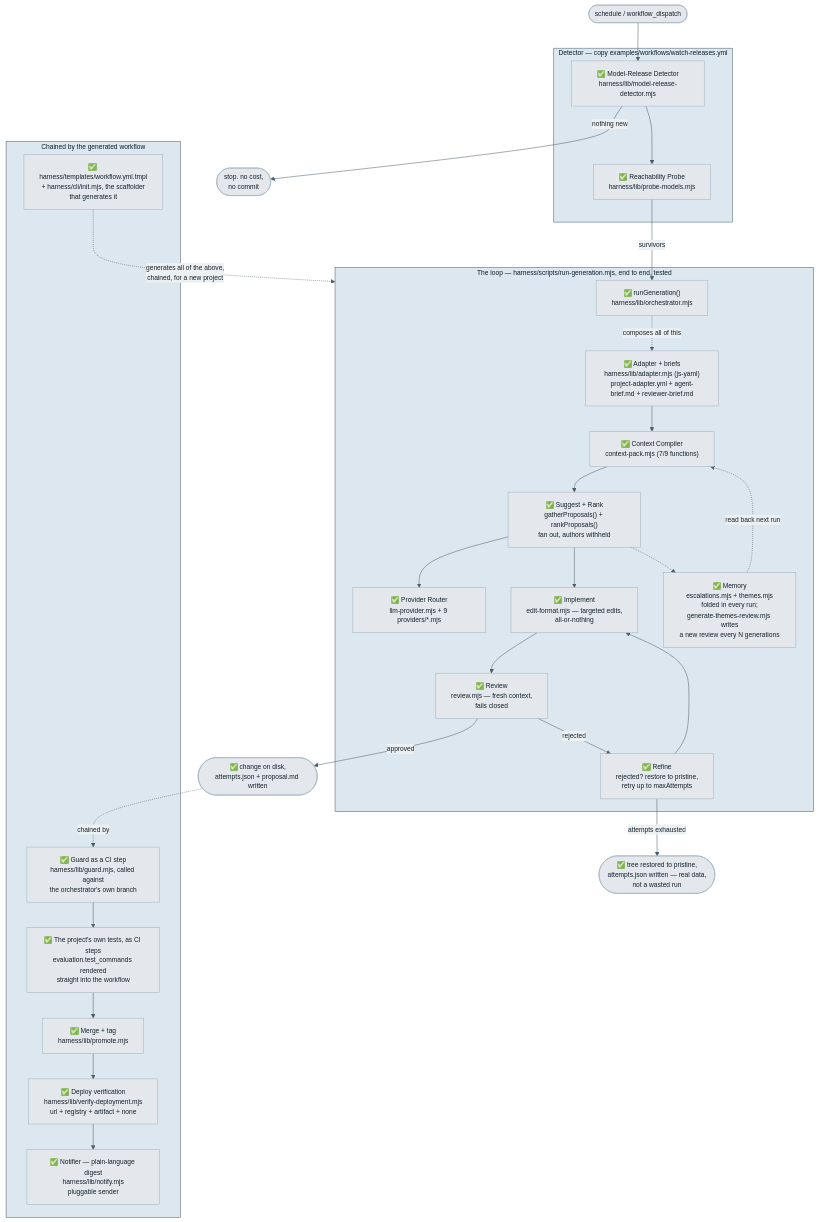
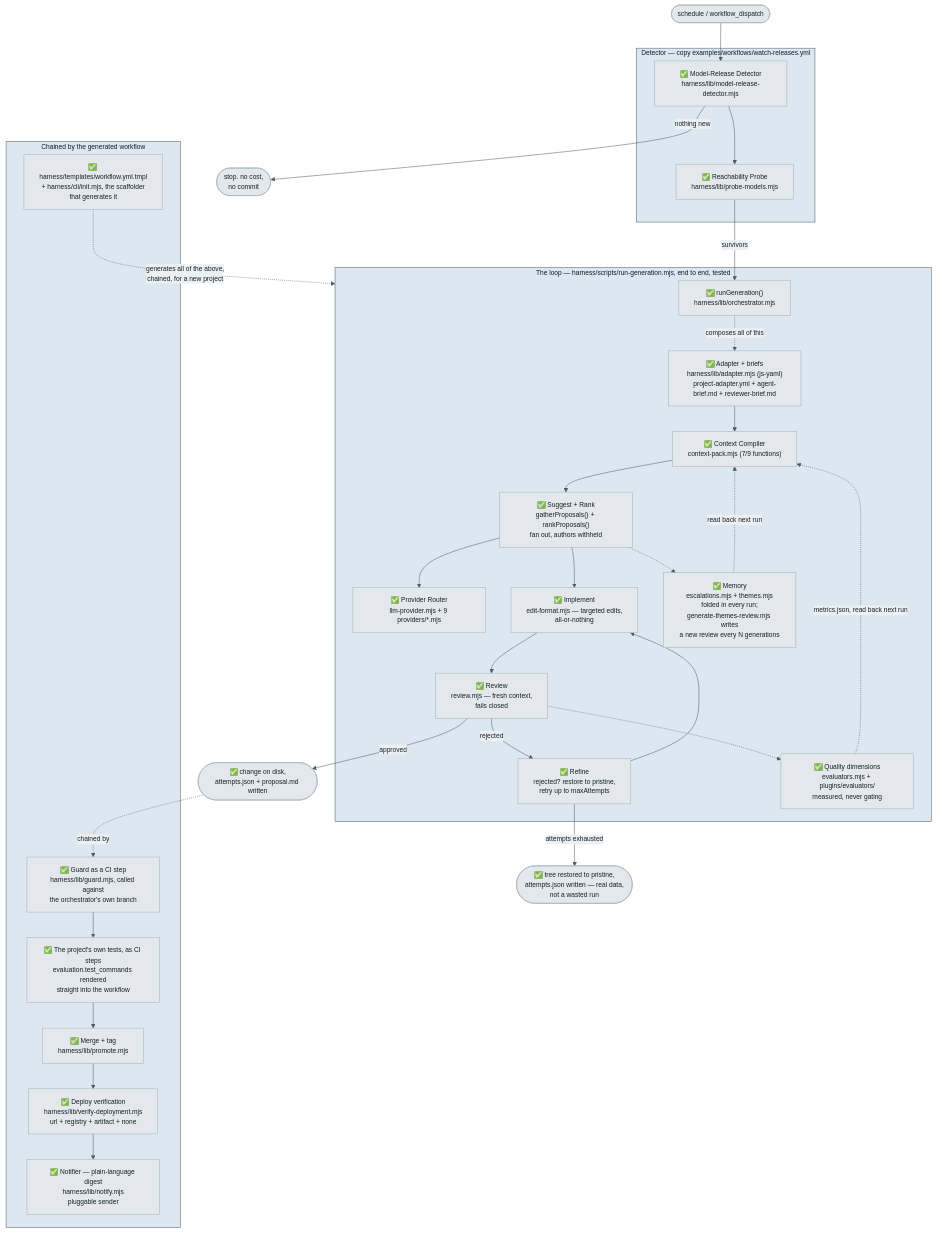
Before and after one commit to Chrisfoz/self-optimisation: the second of 4 diagrams in ARCHITECTURE.md, drawn with Mermaid. The commit also changed 15 other files, not shown here.

First line of the commit message:
Quality-dimension evaluators: the plugin category, its interface, one example

````diff
--- a/ARCHITECTURE.md
+++ b/ARCHITECTURE.md
@@ -74,54 +74,57 @@
 ```mermaid
 %%{init: {"theme":"base","themeVariables":{"fontSize":"13px","primaryColor":"#E4E8EC","primaryTextColor":"#14212B","primaryBorderColor":"#9FB0BE","lineColor":"#4A5C6A","secondaryColor":"#DCE7F0","tertiaryColor":"#F3E3D4","clusterBkg":"#F6F8F9","clusterBorder":"#9FB0BE","edgeLabelBackground":"#EDF0F2","textColor":"#14212B"}}}%%
 flowchart TD
   cron(["schedule / workflow_dispatch"]) --> detector
 
   subgraph detect["Detector — copy examples/workflows/watch-releases.yml"]
     detector["✅ Model-Release Detector<br/>harness/lib/model-release-detector.mjs"]
     probe["✅ Reachability Probe<br/>harness/lib/probe-models.mjs"]
     detector --> probe
   end
 
   detector -->|"nothing new"| idle(["stop. no cost,<br/>no commit"])
   probe -->|"survivors"| rungen
 
   subgraph loop["The loop — harness/scripts/run-generation.mjs, end to end, tested"]
     adapter["✅ Adapter + briefs<br/>harness/lib/adapter.mjs (js-yaml)<br/>project-adapter.yml + agent-brief.md + reviewer-brief.md"]
     rungen["✅ runGeneration()<br/>harness/lib/orchestrator.mjs"]
     router["✅ Provider Router<br/>llm-provider.mjs + 9 providers/*.mjs"]
     context["✅ Context Compiler<br/>context-pack.mjs (7/9 functions)"]
     propose["✅ Suggest + Rank<br/>gatherProposals() + rankProposals()<br/>fan out, authors withheld"]
     executor["✅ Implement<br/>edit-format.mjs — targeted edits,<br/>all-or-nothing"]
     reviewer["✅ Review<br/>review.mjs — fresh context,<br/>fails closed"]
     refine["✅ Refine<br/>rejected? restore to pristine,<br/>retry up to maxAttempts"]
     memory["✅ Memory<br/>escalations.mjs + themes.mjs<br/>folded in every run;<br/>generate-themes-review.mjs writes<br/>a new review every N generations"]
+    evaluators["✅ Quality dimensions<br/>evaluators.mjs + plugins/evaluators/<br/>measured, never gating"]
 
     adapter --> context --> propose
     propose --> router
     propose --> executor --> reviewer
     reviewer -->|"rejected"| refine --> executor
     propose -.-> memory
     memory -.->|"read back next run"| context
+    reviewer -.-> evaluators
+    evaluators -.->|"metrics.json, read back next run"| context
   end
 
   rungen -.->|"composes all of this"| adapter
 
   reviewer -->|"approved"| approved(["✅ change on disk,<br/>attempts.json + proposal.md written"])
   refine -->|"attempts exhausted"| abandoned(["✅ tree restored to pristine,<br/>attempts.json written — real data,<br/>not a wasted run"])
 
   subgraph wired["Chained by the generated workflow"]
     guardstep["✅ Guard as a CI step<br/>harness/lib/guard.mjs, called against<br/>the orchestrator's own branch"]
     teststep["✅ The project's own tests, as CI steps<br/>evaluation.test_commands rendered<br/>straight into the workflow"]
     promote["✅ Merge + tag<br/>harness/lib/promote.mjs"]
     verify["✅ Deploy verification<br/>harness/lib/verify-deployment.mjs<br/>url + registry + artifact + none"]
     notify["✅ Notifier — plain-language digest<br/>harness/lib/notify.mjs<br/>pluggable sender"]
     workflow["✅ harness/templates/workflow.yml.tmpl<br/>+ harness/cli/init.mjs, the scaffolder<br/>that generates it"]
   end
 
   approved -.->|"chained by"| guardstep --> teststep --> promote --> verify --> notify
   workflow -.->|"generates all of the above,<br/>chained, for a new project"| loop
 
   style detect fill:#DCE7F0,stroke:#4A5C6A
   style loop fill:#DCE7F0,stroke:#4A5C6A
   style wired fill:#DCE7F0,stroke:#4A5C6A
 ```
````
